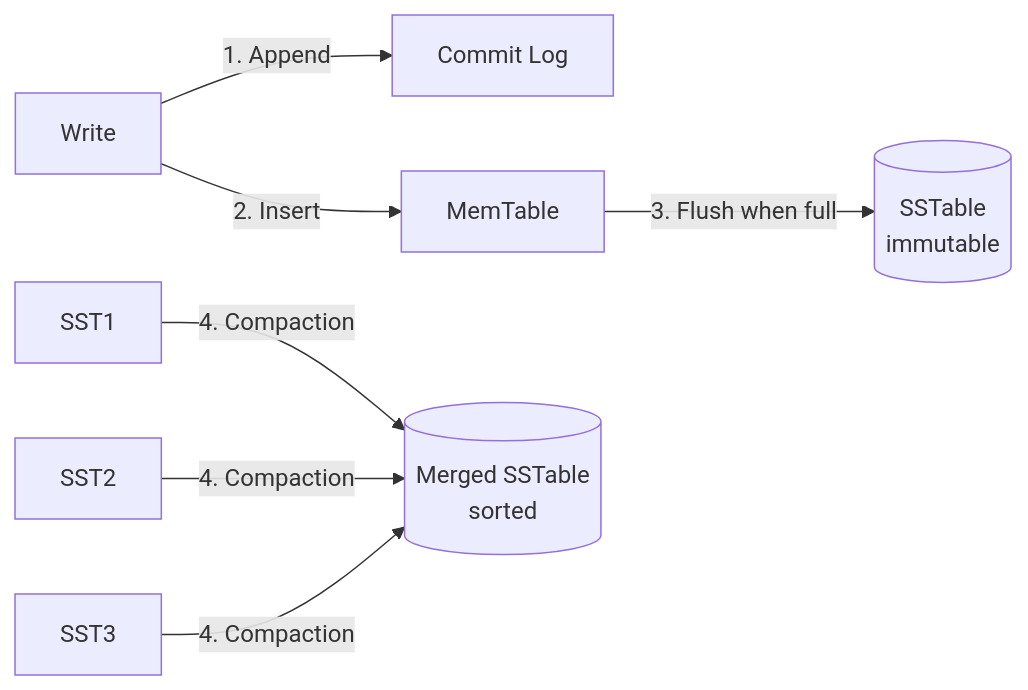
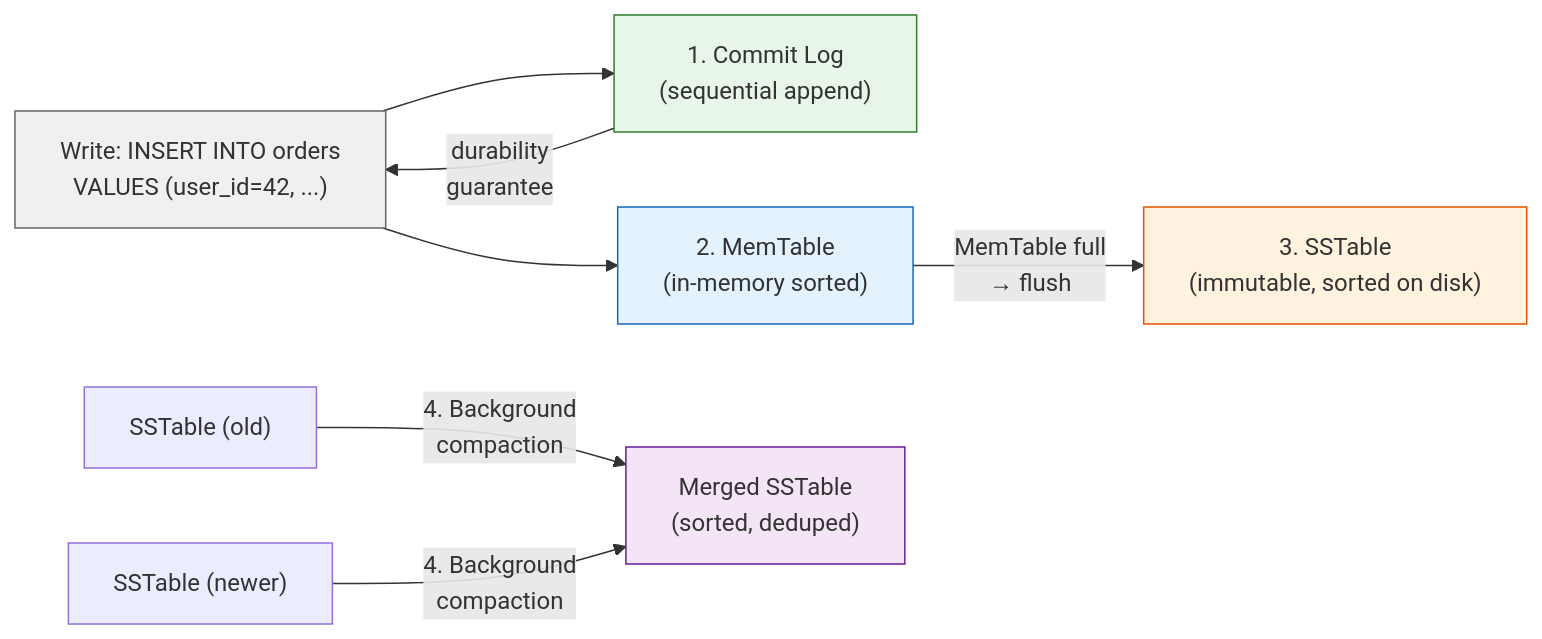
Before and after one commit to Chandra179/gitbook: the first of 2 diagrams in database/deep-dives/cassandra.md, drawn with Mermaid. The commit also changed other lines of this file and 7 other files, not shown here.

````diff
--- a/database/deep-dives/cassandra.md
+++ b/database/deep-dives/cassandra.md
@@ -73,7 +24,13 @@
 ```mermaid
 flowchart LR
-    Write[Write] -->|1. Append| CL[Commit Log]
-    Write -->|2. Insert| MT[MemTable]
-    MT -->|3. Flush when full| SST[(SSTable<br/>immutable)]
-    SST1 & SST2 & SST3 -->|4. Compaction| Merged[(Merged SSTable<br/>sorted)]
+    W["Write: INSERT INTO orders<br/>VALUES (user_id=42, ...)"] --> CL["1. Commit Log<br/>(sequential append)"]
+    W --> MT["2. MemTable<br/>(in-memory sorted)"]
+    MT -->|"MemTable full<br/>→ flush"| SST["3. SSTable<br/>(immutable, sorted on disk)"]
+    CL -->|"durability<br/>guarantee"| W
+    SST1["SSTable (old)"] & SST2["SSTable (newer)"] -->|"4. Background<br/>compaction"| M["Merged SSTable<br/>(sorted, deduped)"]
+    style W fill:#f0f0f0,stroke:#666
+    style CL fill:#e8f5e9,stroke:#2e7d32
+    style MT fill:#e3f2fd,stroke:#1565c0
+    style SST fill:#fff3e0,stroke:#e65100
+    style M fill:#f3e5f5,stroke:#6a1b9a
 ```
````
